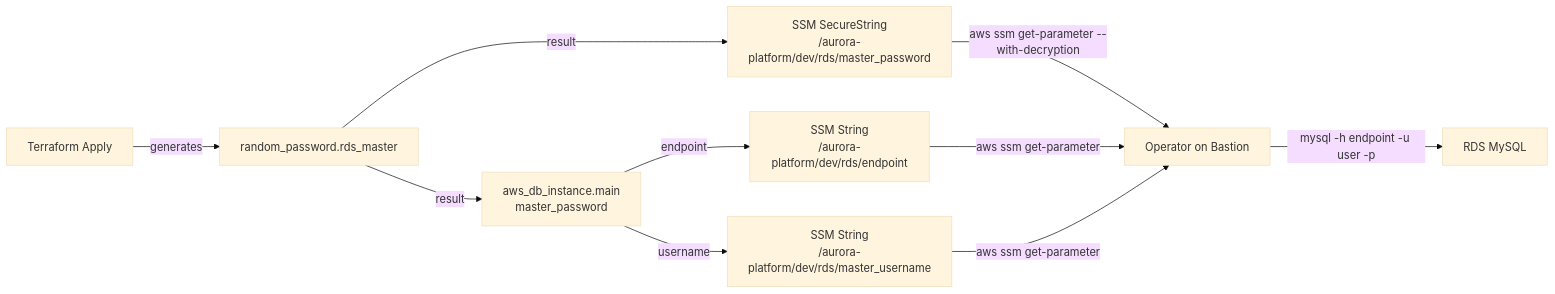
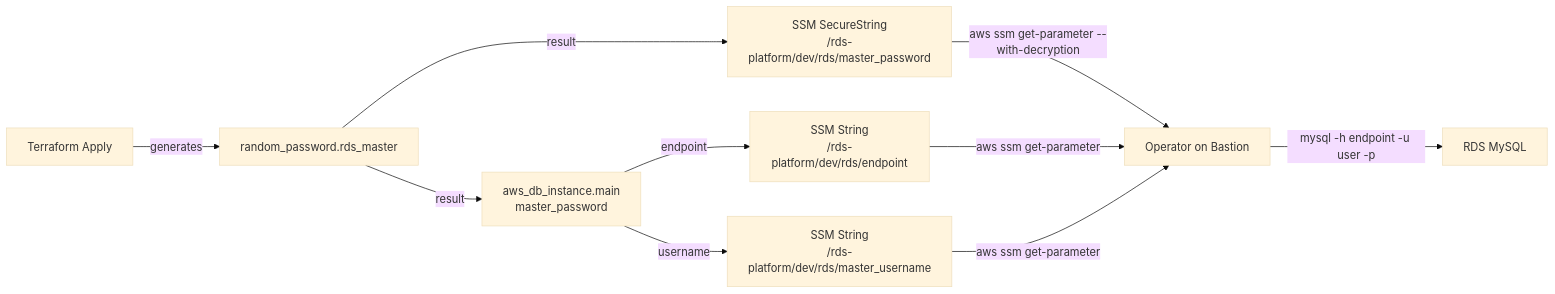
The fifth of 6 diagrams in NOTION_ADVANCED_DOC.md (dheerajnambr/terraform-aws-rds-mysql-platform), drawn with Mermaid (base theme) before and after one commit. The commit also changed other lines of this file and 10 other files, not shown here.

First line of the commit message:
refactor: rename aurora-platform to rds-platform, upgrade engine to MySQL 8.4

````diff
--- a/NOTION_ADVANCED_DOC.md
+++ b/NOTION_ADVANCED_DOC.md
@@ -363,12 +363,12 @@
 ```mermaid
 graph LR
     TF[Terraform Apply] -->|generates| RP[random_password.rds_master]
     RP -->|result| RDS_INST[aws_db_instance.main<br/>master_password]
-    RP -->|result| SSM_P[SSM SecureString<br/>/aurora-platform/dev/rds/master_password]
-    RDS_INST -->|endpoint| SSM_E[SSM String<br/>/aurora-platform/dev/rds/endpoint]
-    RDS_INST -->|username| SSM_U[SSM String<br/>/aurora-platform/dev/rds/master_username]
+    RP -->|result| SSM_P[SSM SecureString<br/>/rds-platform/dev/rds/master_password]
+    RDS_INST -->|endpoint| SSM_E[SSM String<br/>/rds-platform/dev/rds/endpoint]
+    RDS_INST -->|username| SSM_U[SSM String<br/>/rds-platform/dev/rds/master_username]
     SSM_P -->|aws ssm get-parameter --with-decryption| OPS[Operator on Bastion]
     SSM_E -->|aws ssm get-parameter| OPS
     SSM_U -->|aws ssm get-parameter| OPS
     OPS -->|mysql -h endpoint -u user -p| RDS[RDS MySQL]
 ```
````
